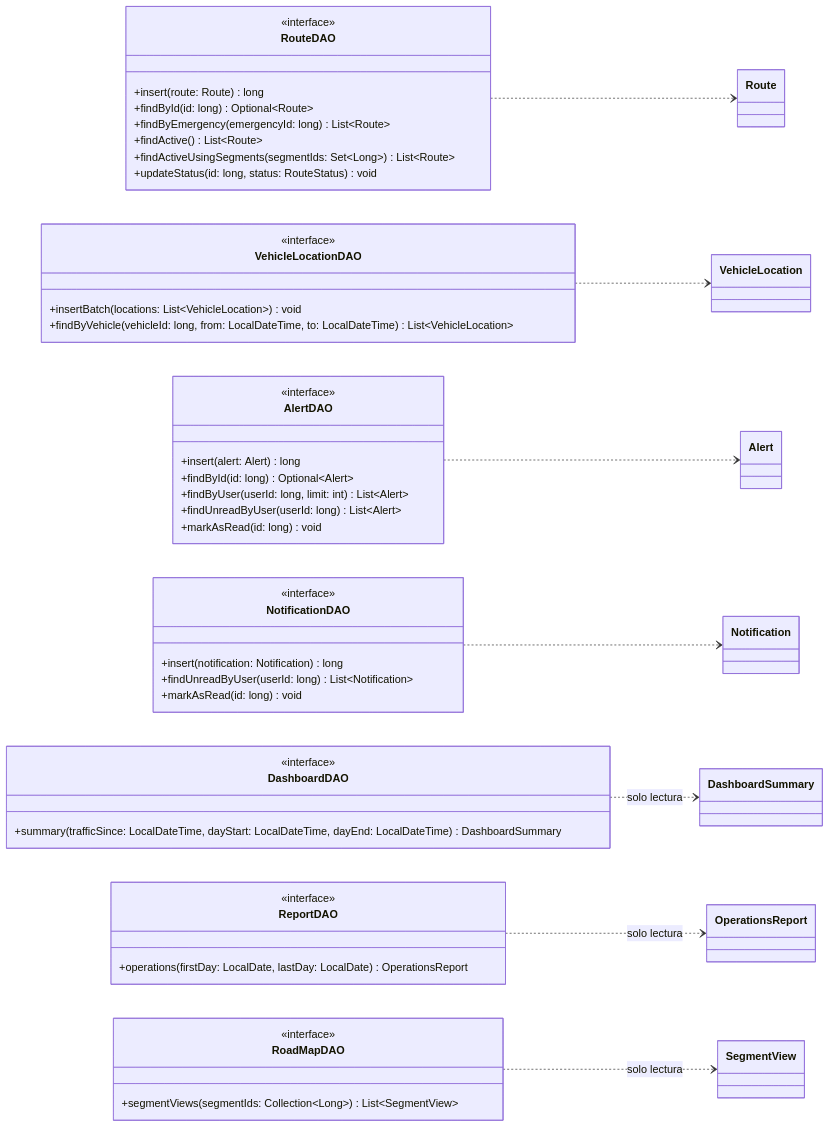
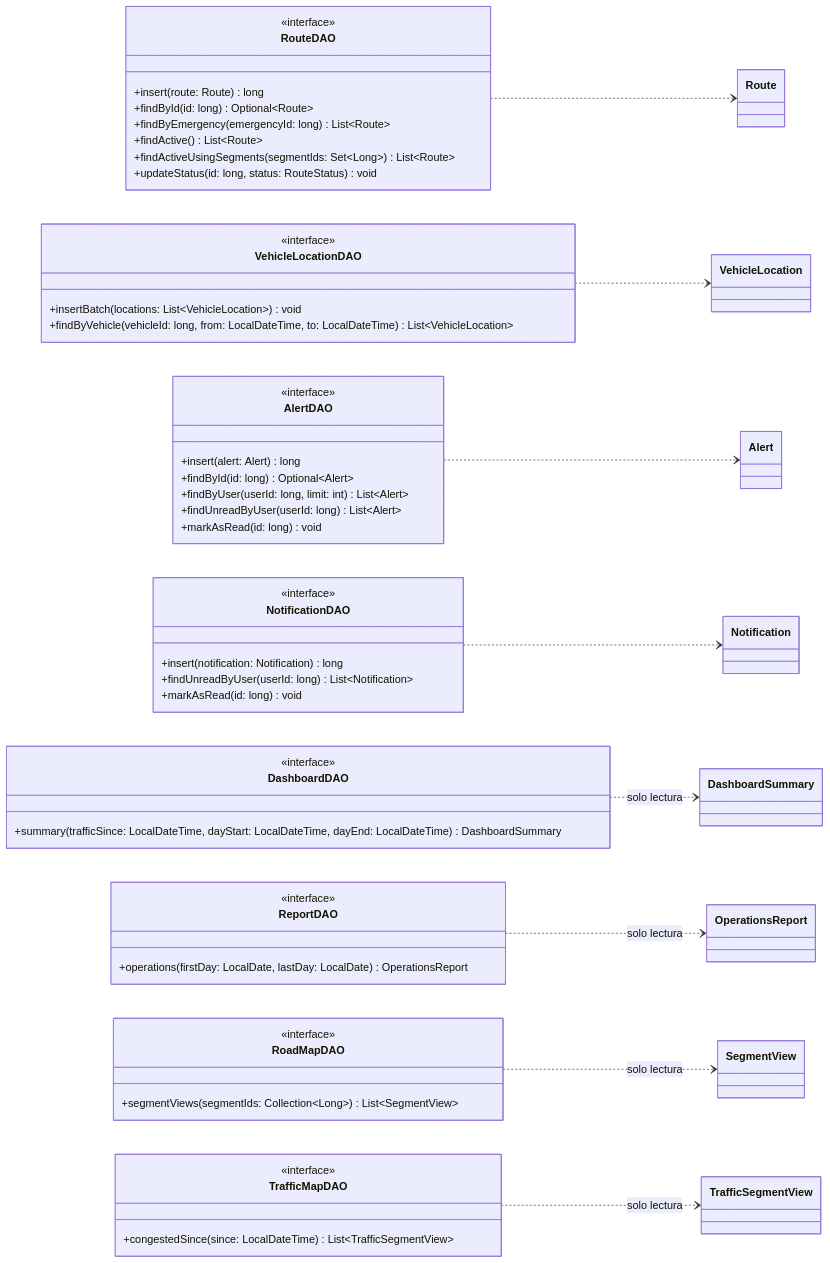
One commit to afzabaleta/RutaVida changed diagram 13 of 26 in docs/class-diagram.md. Above: the diagram before and after it, drawn with Mermaid. The commit also changed other lines of this file and 1 other file, not shown here.

Commit message:
docs: document-simulation-and-traffic-api

````diff
--- a/docs/class-diagram.md
+++ b/docs/class-diagram.md
@@ -834,68 +834,75 @@
 ```mermaid
 ---
 config:
   markdownAutoWrap: false
 ---
 classDiagram
     direction LR
 
     class RouteDAO {
         <<interface>>
         +insert(route: Route) long
         +findById(id: long) Optional~Route~
         +findByEmergency(emergencyId: long) List~Route~
         +findActive() List~Route~
         +findActiveUsingSegments(segmentIds: Set~Long~) List~Route~
         +updateStatus(id: long, status: RouteStatus) void
     }
     class VehicleLocationDAO {
         <<interface>>
         +insertBatch(locations: List~VehicleLocation~) void
         +findByVehicle(vehicleId: long, from: LocalDateTime, to: LocalDateTime) List~VehicleLocation~
     }
         class AlertDAO {
         <<interface>>
         +insert(alert: Alert) long
         +findById(id: long) Optional~Alert~
         +findByUser(userId: long, limit: int) List~Alert~
         +findUnreadByUser(userId: long) List~Alert~
         +markAsRead(id: long) void
     }
     class NotificationDAO {
         <<interface>>
         +insert(notification: Notification) long
         +findUnreadByUser(userId: long) List~Notification~
         +markAsRead(id: long) void
     }
 
     class DashboardDAO {
         <<interface>>
         +summary(trafficSince: LocalDateTime, dayStart: LocalDateTime, dayEnd: LocalDateTime) DashboardSummary
     }
     class ReportDAO {
         <<interface>>
         +operations(firstDay: LocalDate, lastDay: LocalDate) OperationsReport
     }
 
     class RoadMapDAO {
         <<interface>>
         +segmentViews(segmentIds: Collection~Long~) List~SegmentView~
     }
 
+    class TrafficMapDAO {
+        <<interface>>
+        +congestedSince(since: LocalDateTime) List~TrafficSegmentView~
+    }
+
     class Route
     class VehicleLocation
     class Alert
     class Notification
     class DashboardSummary
     class OperationsReport
     class SegmentView
+    class TrafficSegmentView
 
 
     RouteDAO ..> Route
     VehicleLocationDAO ..> VehicleLocation
     AlertDAO ..> Alert
     NotificationDAO ..> Notification
     DashboardDAO ..> DashboardSummary : solo lectura
     ReportDAO ..> OperationsReport : solo lectura
     RoadMapDAO ..> SegmentView : solo lectura
+    TrafficMapDAO ..> TrafficSegmentView : solo lectura
 ```
````
